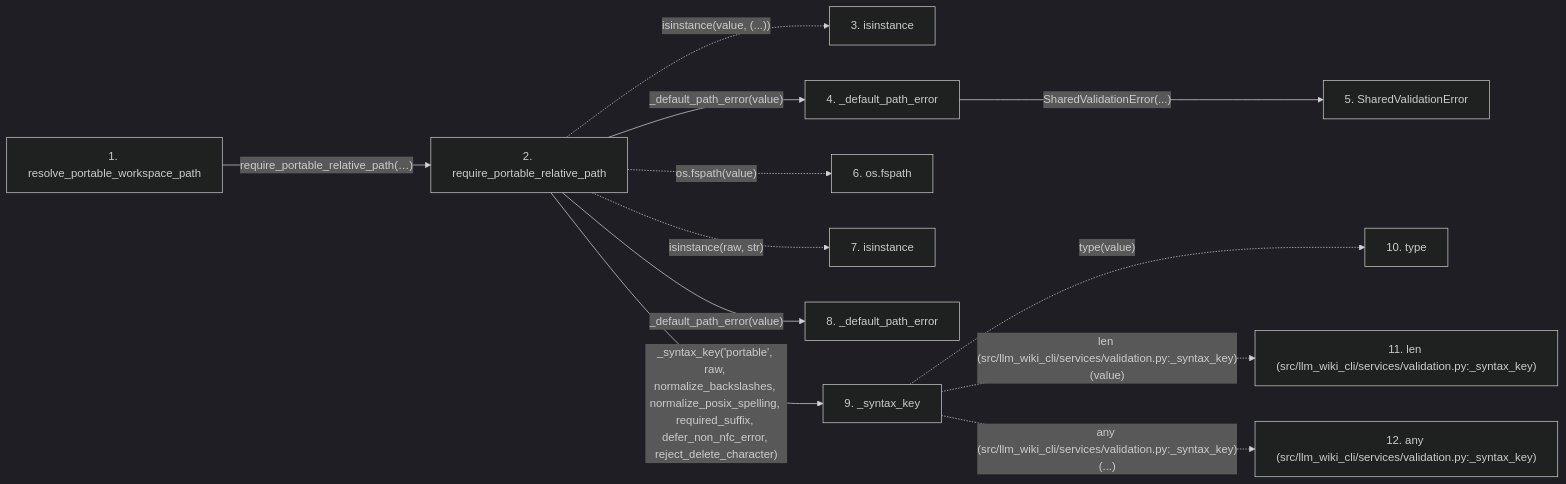
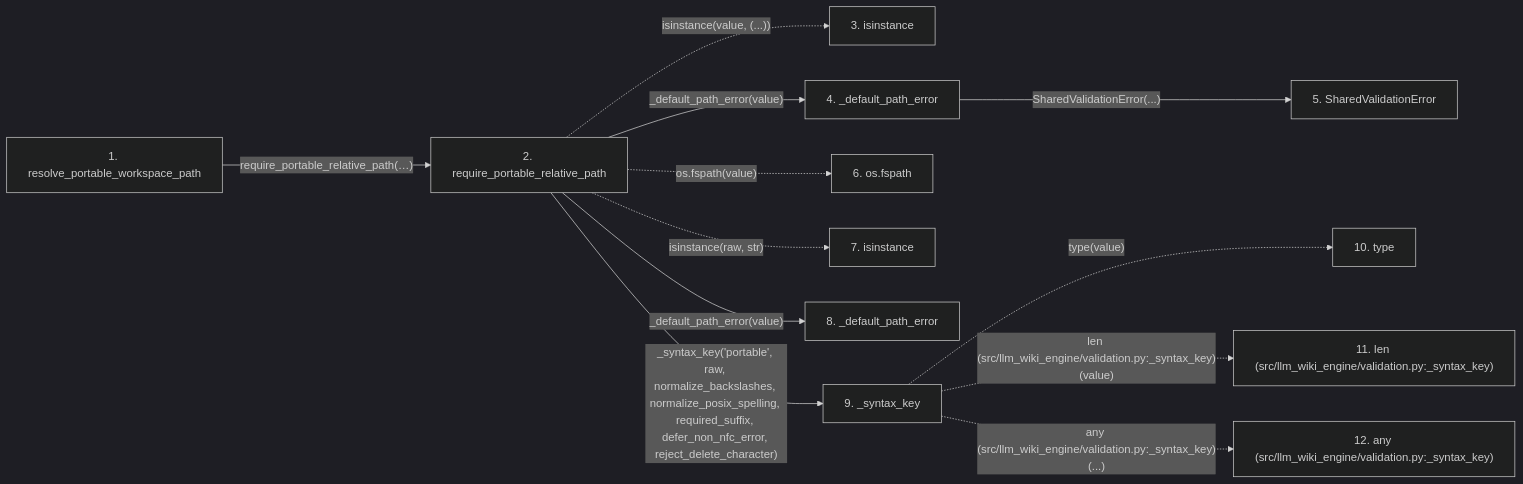
The second of 2 diagrams in docs/llm_wiki/flows/api-resolve_portable_workspace_path.md (Denissvgn/python-wiki-llm), drawn with Mermaid (dark theme) before and after one commit. The commit also changed other lines of this file and 1103 other files, not shown here.

First line of the commit message:
docs: refresh the wiki for the llm-wiki-engine distribution

````diff
--- a/docs/llm_wiki/flows/api-resolve_portable_workspace_path.md
+++ b/docs/llm_wiki/flows/api-resolve_portable_workspace_path.md
@@ -126,32 +126,32 @@
 ```mermaid
 flowchart LR
     s1["1. resolve_portable_workspace_path"]
     s2["2. require_portable_relative_path"]
     s3["3. isinstance"]
     s4["4. _default_path_error"]
     s5["5. SharedValidationError"]
     s6["6. os.fspath"]
     s7["7. isinstance"]
     s8["8. _default_path_error"]
     s9["9. _syntax_key"]
     s10["10. type"]
-    s11["11. len (src/llm_wiki_cli/services/validation.py:_syntax_key)"]
-    s12["12. any (src/llm_wiki_cli/services/validation.py:_syntax_key)"]
+    s11["11. len (src/llm_wiki_engine/validation.py:_syntax_key)"]
+    s12["12. any (src/llm_wiki_engine/validation.py:_syntax_key)"]
     s1 -->|"require_portable_relative_path(…)"| s2
     s2 -. "isinstance(value, (...))" .-> s3
     s2 -->|"_default_path_error(value)"| s4
     s4 -->|"SharedValidationError(...)"| s5
     s2 -. "os.fspath(value)" .-> s6
     s2 -. "isinstance(raw, str)" .-> s7
     s2 -->|"_default_path_error(value)"| s8
     s2 -->|"_syntax_key('portable', raw, normalize_backslashes, normalize_posix_spelling, required_suffix, defer_non_nfc_error, reject_delete_character)"| s9
     s9 -. "type(value)" .-> s10
-    s9 -. "len (src/llm_wiki_cli/services/validation.py:_syntax_key)(value)" .-> s11
-    s9 -. "any (src/llm_wiki_cli/services/validation.py:_syntax_key)(...)" .-> s12
+    s9 -. "len (src/llm_wiki_engine/validation.py:_syntax_key)(value)" .-> s11
+    s9 -. "any (src/llm_wiki_engine/validation.py:_syntax_key)(...)" .-> s12
     click s1 "../modules/validation.md"
     click s2 "../modules/validation.md"
     click s4 "../modules/validation.md"
     click s5 "../modules/validation.md"
     click s8 "../modules/validation.md"
     click s9 "../modules/validation.md"
 ```
````
